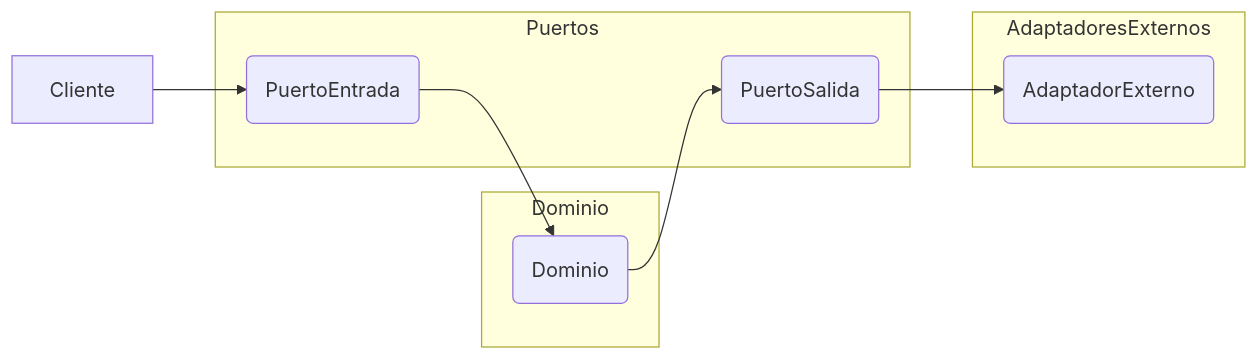
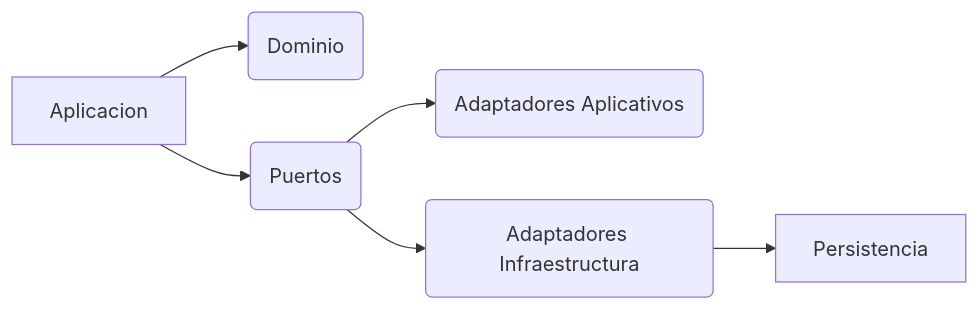
The first of 8 diagrams in Java_Elite/arquitectura_hexagonal_y_ddd_en_java_21:_invariantes_en_agregados,_value_objects_con_records_y_persistencia_desacoplada_con_spring_data_r2dbc_STAFF.md (Joaquinriosheredia/DAM-Java-Mastery), drawn with Mermaid before and after one commit. The commit also changed other lines of this file, not shown here.

Commit message:
feat: manual de autoridad sobre Arquitectura Hexagonal y DDD en Java 21: Invariantes en Agregados, Value Objects con Records y Persistencia desacoplada con Spring Data R2DBC (Staff Level)

````diff
--- a/Java_Elite/arquitectura_hexagonal_y_ddd_en_java_21:_invariantes_en_agregados,_value_objects_con_records_y_persistencia_desacoplada_con_spring_data_r2dbc_STAFF.md
+++ b/Java_Elite/arquitectura_hexagonal_y_ddd_en_java_21:_invariantes_en_agregados,_value_objects_con_records_y_persistencia_desacoplada_con_spring_data_r2dbc_STAFF.md
@@ -41,20 +56,8 @@
 ```mermaid
 graph LR;
-    A[Cliente] --> B(PuertoEntrada);
-    B --> C(Dominio);
-    C --> D(PuertoSalida);
-    D --> E(AdaptadorExterno);
-
-subgraph Dominio
-    C;
-end
-    
-subgraph Puertos
-    B;
-    D;
-end
-
-subgraph AdaptadoresExternos
-    E;
-end
+    A[Aplicacion] --> B(Dominio);
+    A --> C(Puertos)
+    C --> D(Adaptadores Aplicativos)
+    C --> E(Adaptadores Infraestructura)
+    E --> F[Persistencia]
 ```
````
